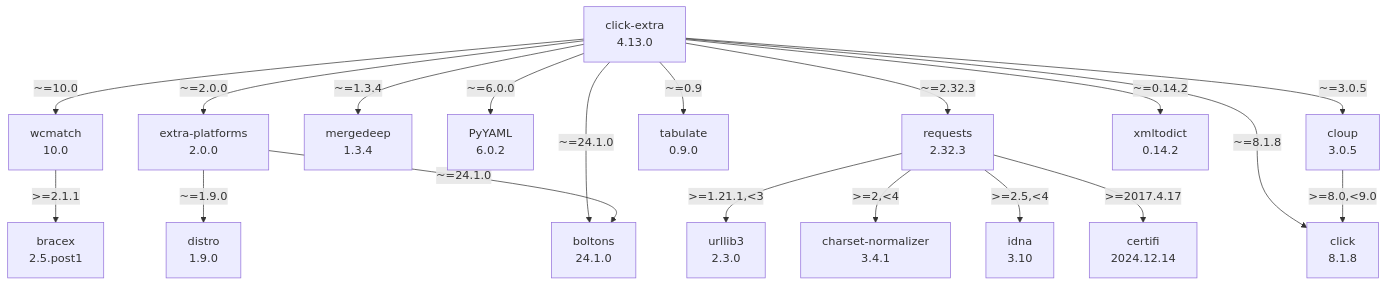
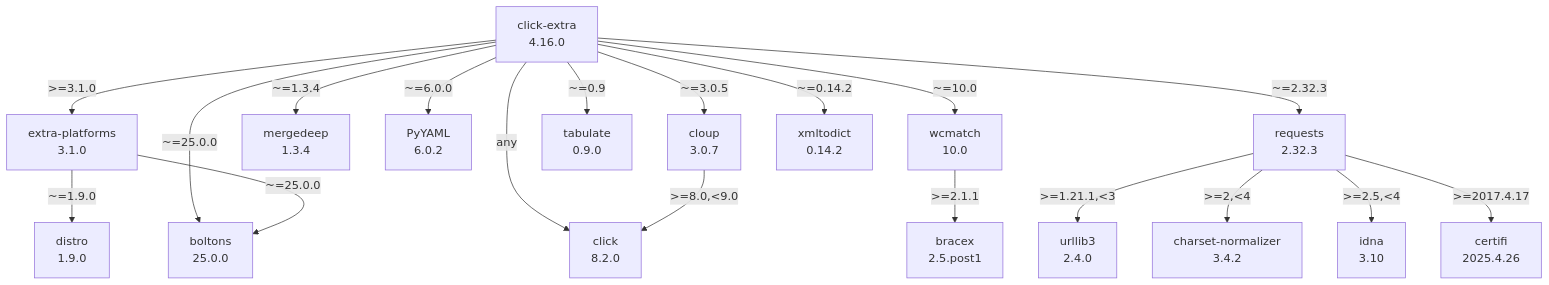
Before and after one commit to kdeldycke/click-extra: the diagram in docs/assets/dependencies.mmd, drawn with Mermaid.

Commit message:
[autofix] Regenerate dependency graph

```diff
--- a/docs/assets/dependencies.mmd
+++ b/docs/assets/dependencies.mmd
@@ -1,37 +1,37 @@
 flowchart TD
     classDef missing stroke-dasharray: 5
-    boltons["boltons\n24.1.0"]
+    boltons["boltons\n25.0.0"]
     bracex["bracex\n2.5.post1"]
-    certifi["certifi\n2024.12.14"]
-    charset-normalizer["charset-normalizer\n3.4.1"]
-    click-extra["click-extra\n4.13.0"]
-    click_0["click\n8.1.8"]
-    cloup["cloup\n3.0.5"]
+    certifi["certifi\n2025.4.26"]
+    charset-normalizer["charset-normalizer\n3.4.2"]
+    click-extra["click-extra\n4.16.0"]
+    click_0["click\n8.2.0"]
+    cloup["cloup\n3.0.7"]
     distro["distro\n1.9.0"]
-    extra-platforms["extra-platforms\n2.0.0"]
+    extra-platforms["extra-platforms\n3.1.0"]
     idna["idna\n3.10"]
     mergedeep["mergedeep\n1.3.4"]
     pyyaml["PyYAML\n6.0.2"]
     requests["requests\n2.32.3"]
     tabulate["tabulate\n0.9.0"]
-    urllib3["urllib3\n2.3.0"]
+    urllib3["urllib3\n2.4.0"]
     wcmatch["wcmatch\n10.0"]
     xmltodict["xmltodict\n0.14.2"]
+    click-extra -- ">=3.1.0" --> extra-platforms
+    click-extra -- "any" --> click_0
     click-extra -- "~=0.14.2" --> xmltodict
     click-extra -- "~=0.9" --> tabulate
     click-extra -- "~=1.3.4" --> mergedeep
     click-extra -- "~=10.0" --> wcmatch
-    click-extra -- "~=2.0.0" --> extra-platforms
     click-extra -- "~=2.32.3" --> requests
-    click-extra -- "~=24.1.0" --> boltons
+    click-extra -- "~=25.0.0" --> boltons
     click-extra -- "~=3.0.5" --> cloup
     click-extra -- "~=6.0.0" --> pyyaml
-    click-extra -- "~=8.1.8" --> click_0
     cloup -- ">=8.0,<9.0" --> click_0
     extra-platforms -- "~=1.9.0" --> distro
-    extra-platforms -- "~=24.1.0" --> boltons
+    extra-platforms -- "~=25.0.0" --> boltons
     requests -- ">=1.21.1,<3" --> urllib3
     requests -- ">=2,<4" --> charset-normalizer
     requests -- ">=2.5,<4" --> idna
     requests -- ">=2017.4.17" --> certifi
     wcmatch -- ">=2.1.1" --> bracex
```
